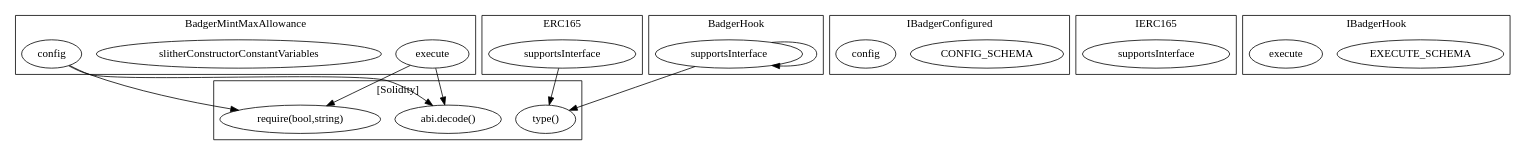
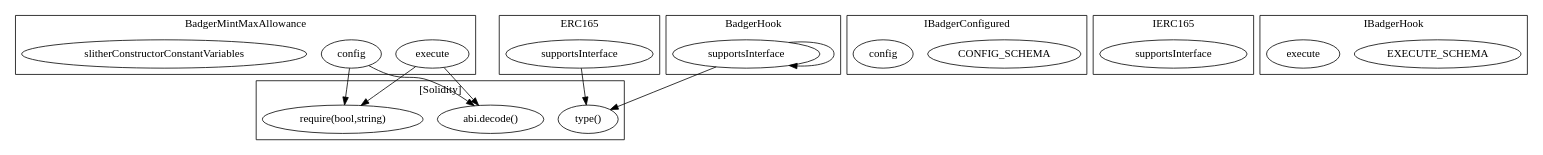
One commit to FlipsideCrypto/badger changed the diagram in contracts/build/...BadgerMintMaxAllowance.call-graph.dot. Above: the diagram before and after it, drawn with Graphviz. The commit also changed other lines of this file and 21 other files, not shown here.

```diff
--- a/contracts/build/...BadgerMintMaxAllowance.call-graph.dot
+++ b/contracts/build/...BadgerMintMaxAllowance.call-graph.dot
@@ -1,37 +1,37 @@
 strict digraph {
 subgraph cluster_5664_BadgerMintMaxAllowance {
 label = "BadgerMintMaxAllowance"
 "5664_execute" [label="execute"]
+"5664_config" [label="config"]
 "5664_slitherConstructorConstantVariables" [label="slitherConstructorConstantVariables"]
-"5664_config" [label="config"]
 }subgraph cluster_6468_IBadgerConfigured {
 label = "IBadgerConfigured"
 "6468_CONFIG_SCHEMA" [label="CONFIG_SCHEMA"]
 "6468_config" [label="config"]
 }subgraph cluster_3081_ERC165 {
 label = "ERC165"
 "3081_supportsInterface" [label="supportsInterface"]
 }subgraph cluster_3093_IERC165 {
 label = "IERC165"
 "3093_supportsInterface" [label="supportsInterface"]
 }subgraph cluster_6488_IBadgerHook {
 label = "IBadgerHook"
 "6488_EXECUTE_SCHEMA" [label="EXECUTE_SCHEMA"]
 "6488_execute" [label="execute"]
 }subgraph cluster_4956_BadgerHook {
 label = "BadgerHook"
 "4956_supportsInterface" [label="supportsInterface"]
 "4956_supportsInterface" -> "4956_supportsInterface"
 }subgraph cluster_solidity {
 label = "[Solidity]"
 "abi.decode()" 
 "require(bool,string)" 
 "type()" 
+"4956_supportsInterface" -> "type()"
+"5664_config" -> "abi.decode()"
+"5664_execute" -> "require(bool,string)"
 "5664_config" -> "require(bool,string)"
+"5664_execute" -> "abi.decode()"
 "3081_supportsInterface" -> "type()"
-"5664_execute" -> "require(bool,string)"
-"5664_config" -> "abi.decode()"
-"4956_supportsInterface" -> "type()"
-"5664_execute" -> "abi.decode()"
 }
 }
```
